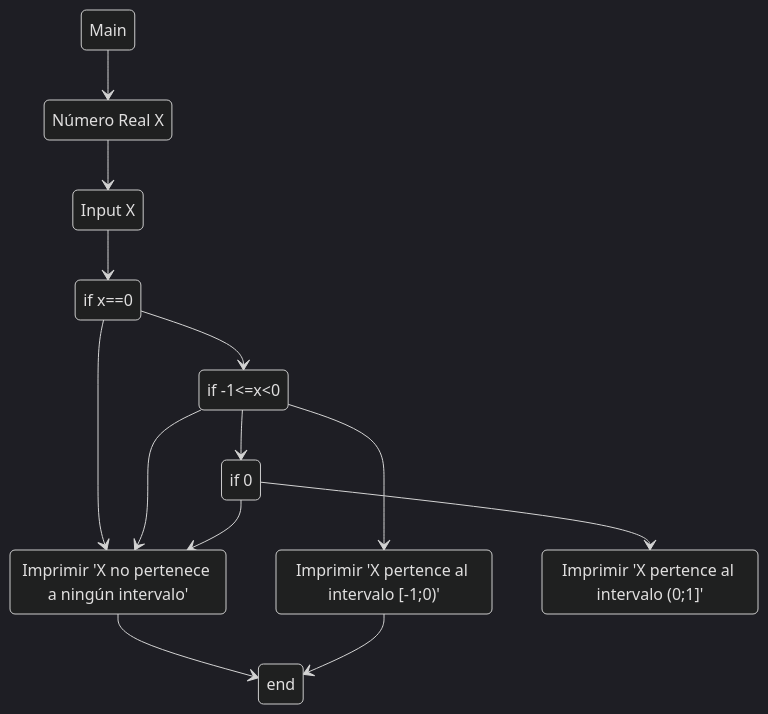
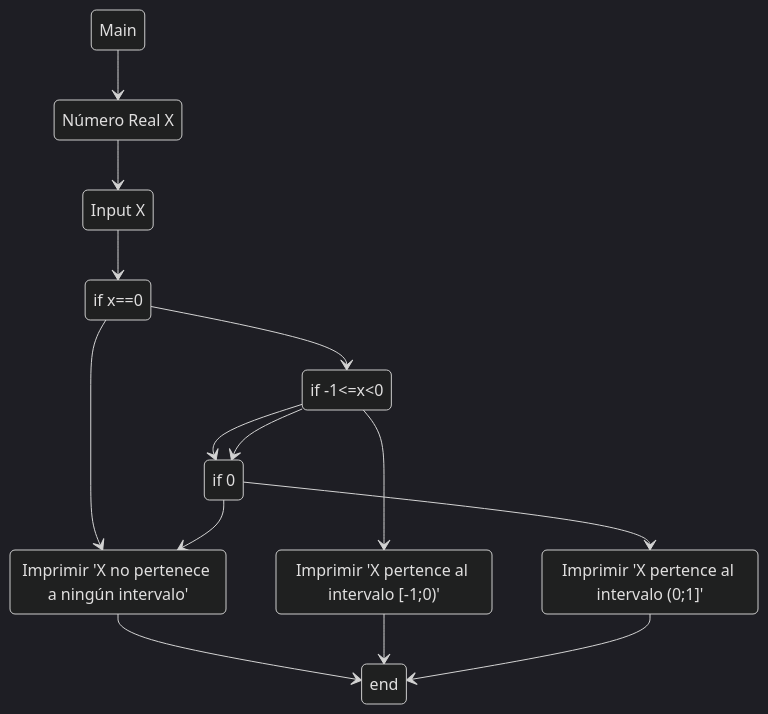
Before and after one commit to ValentinJM/TP-8: the diagram in Ejercicios/2.md, drawn with Mermaid (dark theme).

````diff
--- a/Ejercicios/2.md
+++ b/Ejercicios/2.md
@@ -3,23 +3,24 @@
 ```mermaid
 stateDiagram-v2
 state "Número Real X" as A
 state "Input X" as B
 state "if x==0" as C
 state "Imprimir 'X no pertenece a ningún intervalo'" as D
 state "if -1<=x<0" as E
 state "Imprimir 'X pertence al intervalo [-1;0)'" as F
 state "if 0<x<=1" as G
 state "Imprimir 'X pertence al intervalo (0;1]'" as H
     Main --> A
     A --> B
     B --> C
     C --> D
     D --> end
     C --> E
     E --> F
-    E --> D
+    E --> G
     F --> end
     E --> G
     G --> H
+    H --> end
     G --> D
 ```
````
